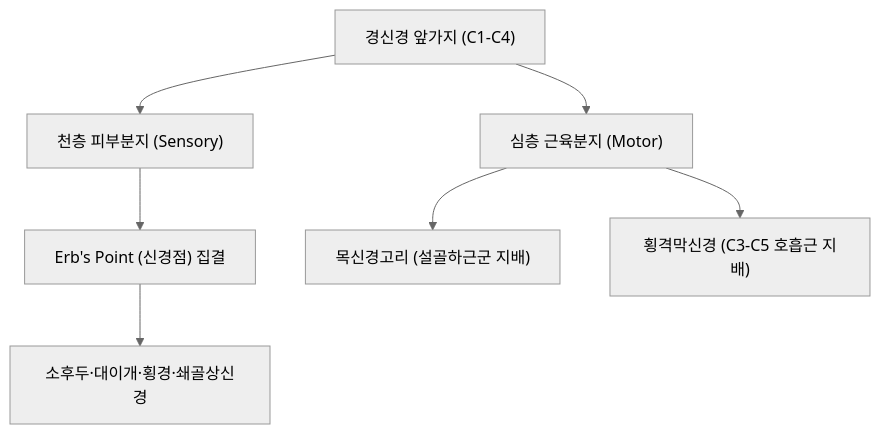
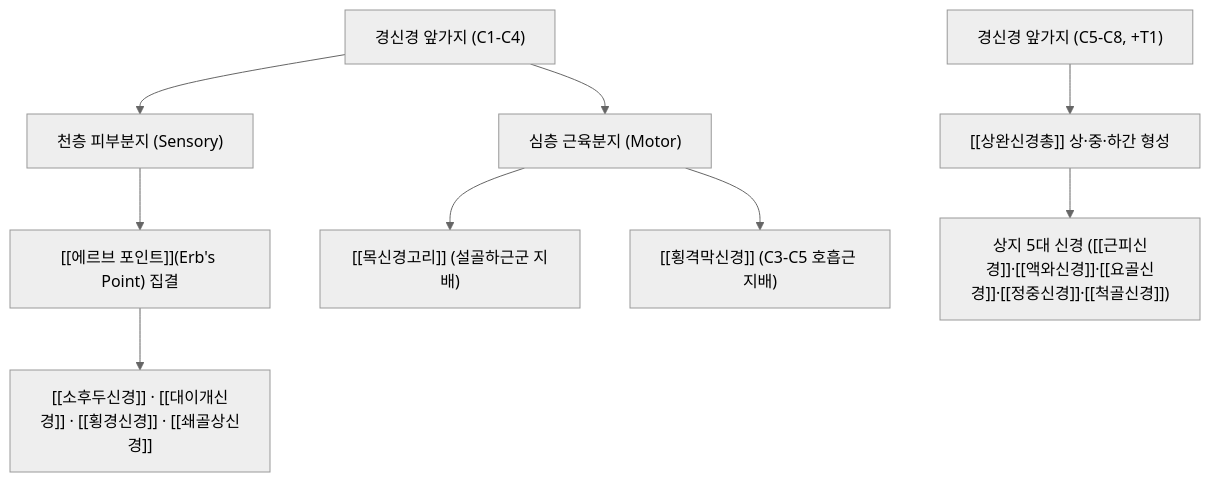
One commit to simbio11/simbio-digital-garden2 changed the diagram in content/1. 근골격계 공부/신경/03_경신경총/경신경 앞가지.md. Above: the diagram before and after it, drawn with Mermaid (neutral theme). The commit also changed other lines of this file and 73 other files, not shown here.

````diff
--- a/content/1. 근골격계 공부/신경/03_경신경총/경신경 앞가지.md
+++ b/content/1. 근골격계 공부/신경/03_경신경총/경신경 앞가지.md
@@ -41,9 +53,12 @@
 ```mermaid
 graph TD
     C1_C4["경신경 앞가지 (C1-C4)"] --> SuperficialBranch["천층 피부분지 (Sensory)"]
     C1_C4 --> DeepBranch["심층 근육분지 (Motor)"]
-    SuperficialBranch --> ErbPoint["Erb's Point (신경점) 집결"]
-    ErbPoint --> SensoryNerves["소후두·대이개·횡경·쇄골상신경"]
-    DeepBranch --> Ansa["목신경고리 (설골하근군 지배)"]
-    DeepBranch --> Phrenic["횡격막신경 (C3-C5 호흡근 지배)"]
+    SuperficialBranch --> ErbPoint["[[에르브 포인트]](Erb's Point) 집결"]
+    ErbPoint --> SensoryNerves["[[소후두신경]] · [[대이개신경]] · [[횡경신경]] · [[쇄골상신경]]"]
+    DeepBranch --> Ansa["[[목신경고리]] (설골하근군 지배)"]
+    DeepBranch --> Phrenic["[[횡격막신경]] (C3-C5 호흡근 지배)"]
+
+    C5_C8["경신경 앞가지 (C5-C8, +T1)"] --> BPTrunks["[[상완신경총]] 상·중·하간 형성"]
+    BPTrunks --> UpperLimb["상지 5대 신경 ([[근피신경]]·[[액와신경]]·[[요골신경]]·[[정중신경]]·[[척골신경]])"]
 ```
````
